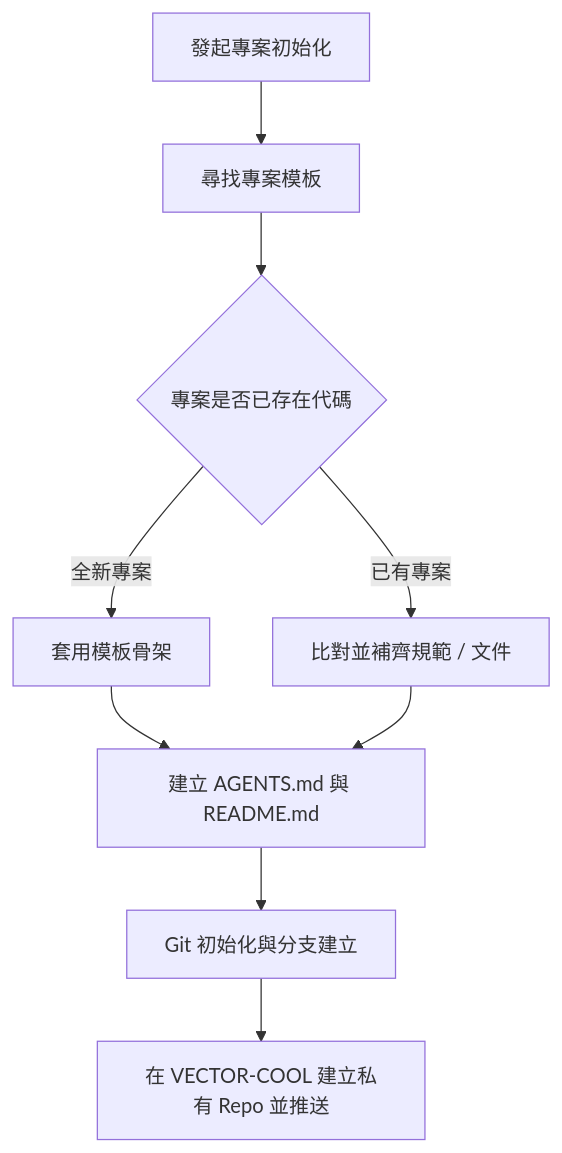
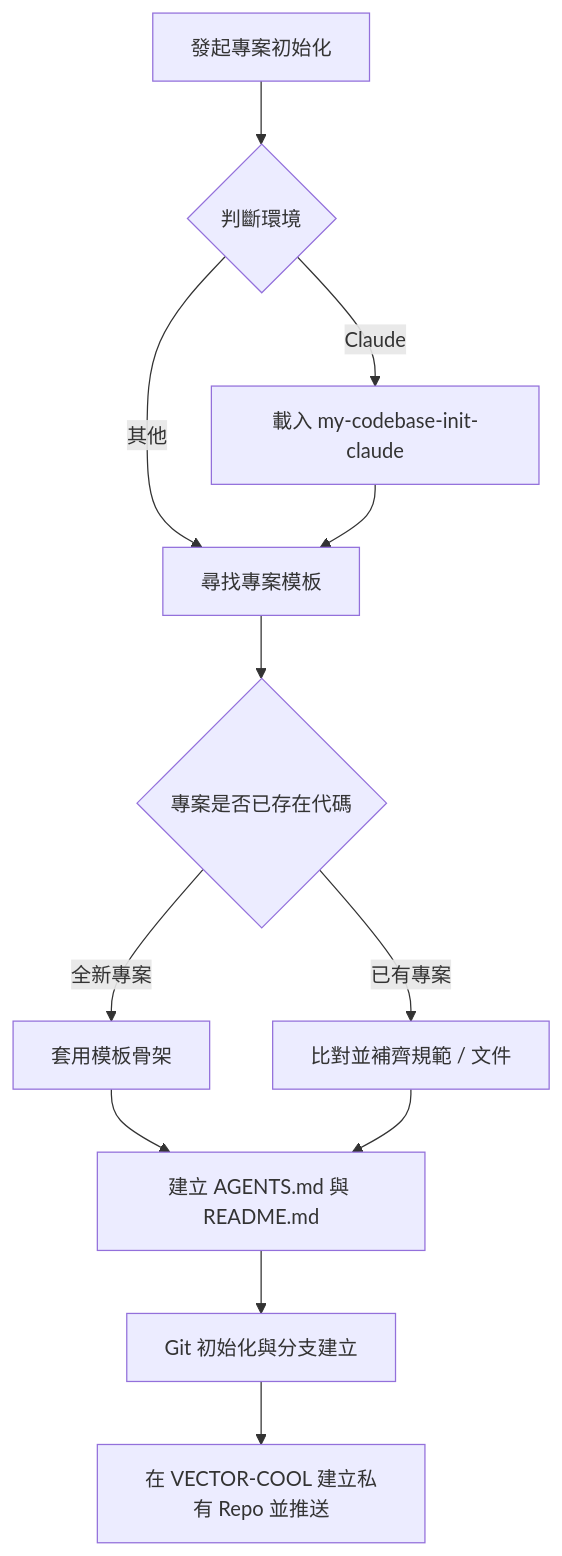
The diagram in my-plugins/my-workflow/skills/my-codebase-init/SKILL.md (VECTOR-COOL/my-agent-toolkit), drawn with Mermaid before and after one commit. The commit also changed other lines of this file and 9 other files, not shown here.

First line of the commit message:
feat(plugin): add Claude sub-skill for my-codebase-init with environment routing, bump 1.9.0

````diff
--- a/my-plugins/my-workflow/skills/my-codebase-init/SKILL.md
+++ b/my-plugins/my-workflow/skills/my-codebase-init/SKILL.md
@@ -10,11 +10,14 @@
 ```mermaid
 graph TD
-  A[發起專案初始化] --> B[尋找專案模板]
+  A[發起專案初始化] --> R{判斷環境}
+  R -->|Claude| CL[載入 my-codebase-init-claude]
+  R -->|其他| B[尋找專案模板]
+  CL --> B
   B --> C{專案是否已存在代碼}
   C -->|全新專案| D[套用模板骨架]
   C -->|已有專案| E[比對並補齊規範 / 文件]
   D --> F[建立 AGENTS.md 與 README.md]
   E --> F
   F --> G[Git 初始化與分支建立]
   G --> H[在 VECTOR-COOL 建立私有 Repo 並推送]
 ```
````
